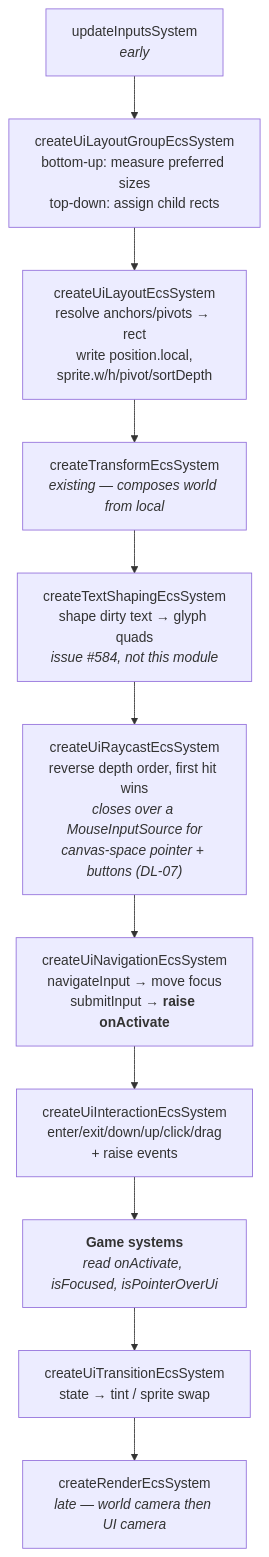
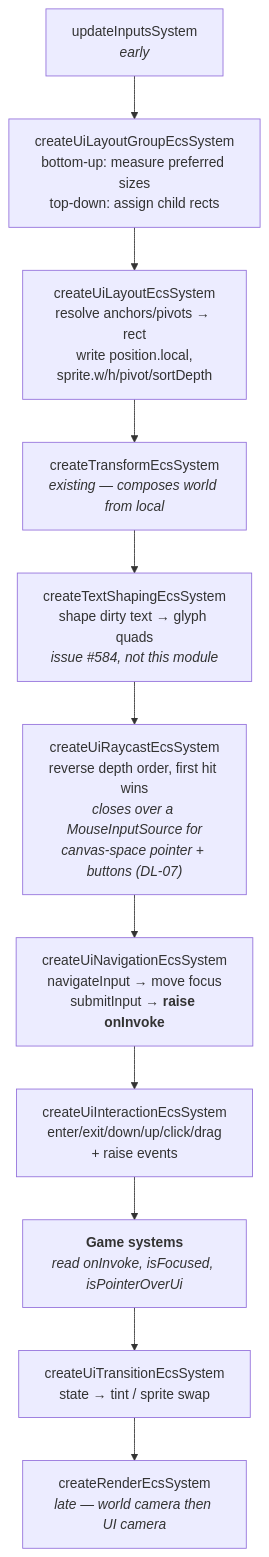
Before and after one commit to Forge-Game-Engine/Forge: the third of 7 diagrams in design/ui-system.md, drawn with Mermaid. The commit also changed other lines of this file, not shown here.

First line of the commit message:
docs(design): bring ui-system.md current against dev (#635)

````diff
--- a/design/ui-system.md
+++ b/design/ui-system.md
@@ -340,16 +340,16 @@
 ```mermaid
 flowchart TD
     IN["updateInputsSystem<br/><i>early</i>"]
     LG["createUiLayoutGroupEcsSystem<br/>bottom-up: measure preferred sizes<br/>top-down: assign child rects"]
     UL["createUiLayoutEcsSystem<br/>resolve anchors/pivots → rect<br/>write position.local,<br/>sprite.w/h/pivot/sortDepth"]
     TS["createTransformEcsSystem<br/><i>existing — composes world from local</i>"]
     TX["createTextShapingEcsSystem<br/>shape dirty text → glyph quads<br/><i>issue #584, not this module</i>"]
     RC["createUiRaycastEcsSystem<br/>reverse depth order, first hit wins<br/><i>closes over a MouseInputSource for<br/>canvas-space pointer + buttons (DL-07)</i>"]
-    NAV["createUiNavigationEcsSystem<br/>navigateInput → move focus<br/>submitInput → <b>raise onActivate</b>"]
+    NAV["createUiNavigationEcsSystem<br/>navigateInput → move focus<br/>submitInput → <b>raise onInvoke</b>"]
     UI2["createUiInteractionEcsSystem<br/>enter/exit/down/up/click/drag<br/>+ raise events"]
-    W["<b>Game systems</b><br/><i>read onActivate, isFocused, isPointerOverUi</i>"]
+    W["<b>Game systems</b><br/><i>read onInvoke, isFocused, isPointerOverUi</i>"]
     TR["createUiTransitionEcsSystem<br/>state → tint / sprite swap"]
     RS["createRenderEcsSystem<br/><i>late — world camera then UI camera</i>"]
 
     IN --> LG --> UL --> TS --> TX --> RC --> NAV --> UI2 --> W --> TR --> RS
 ```
````
